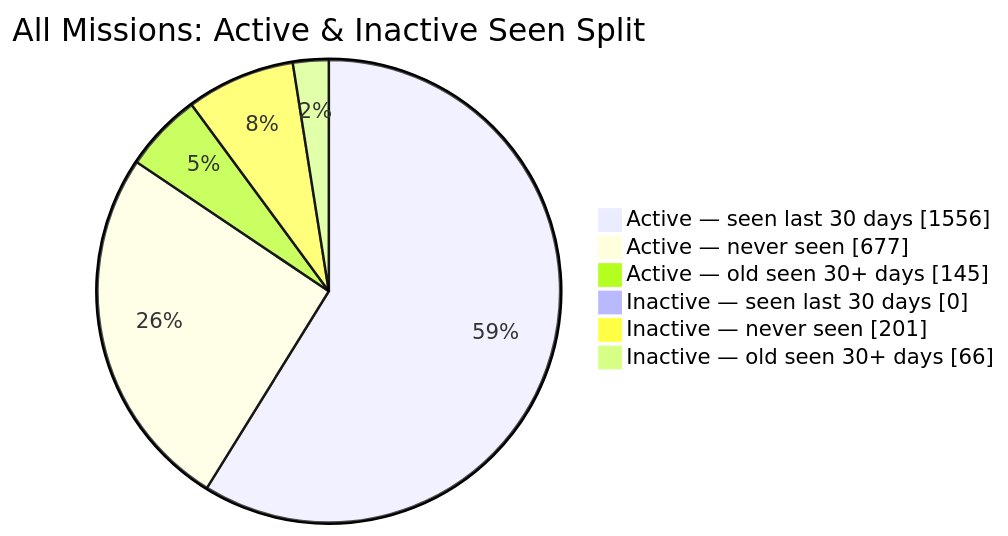
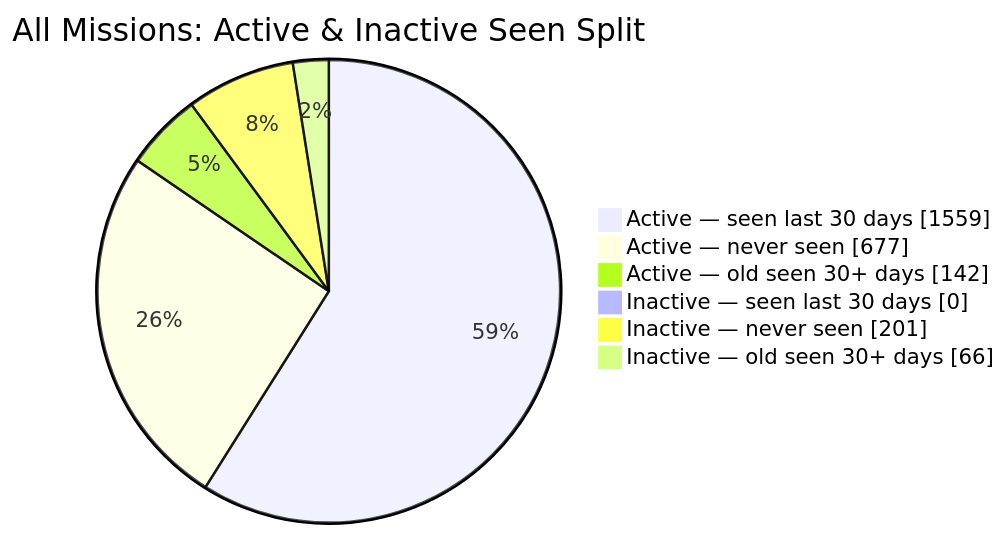
One commit to MeldkamerspelGameTeam/active-missions changed the second of 2 diagrams in README.md. Above: the diagram before and after it, drawn with Mermaid. The commit also changed other lines of this file and 2 other files, not shown here.

````diff
--- a/README.md
+++ b/README.md
@@ -44,10 +44,10 @@
 ```mermaid
 pie showData
     title All Missions: Active & Inactive Seen Split
-    "Active — seen last 30 days" : 1556
+    "Active — seen last 30 days" : 1559
     "Active — never seen" : 677
-    "Active — old seen 30+ days" : 145
+    "Active — old seen 30+ days" : 142
     "Inactive — seen last 30 days" : 0
     "Inactive — never seen" : 201
     "Inactive — old seen 30+ days" : 66
 ```
````
